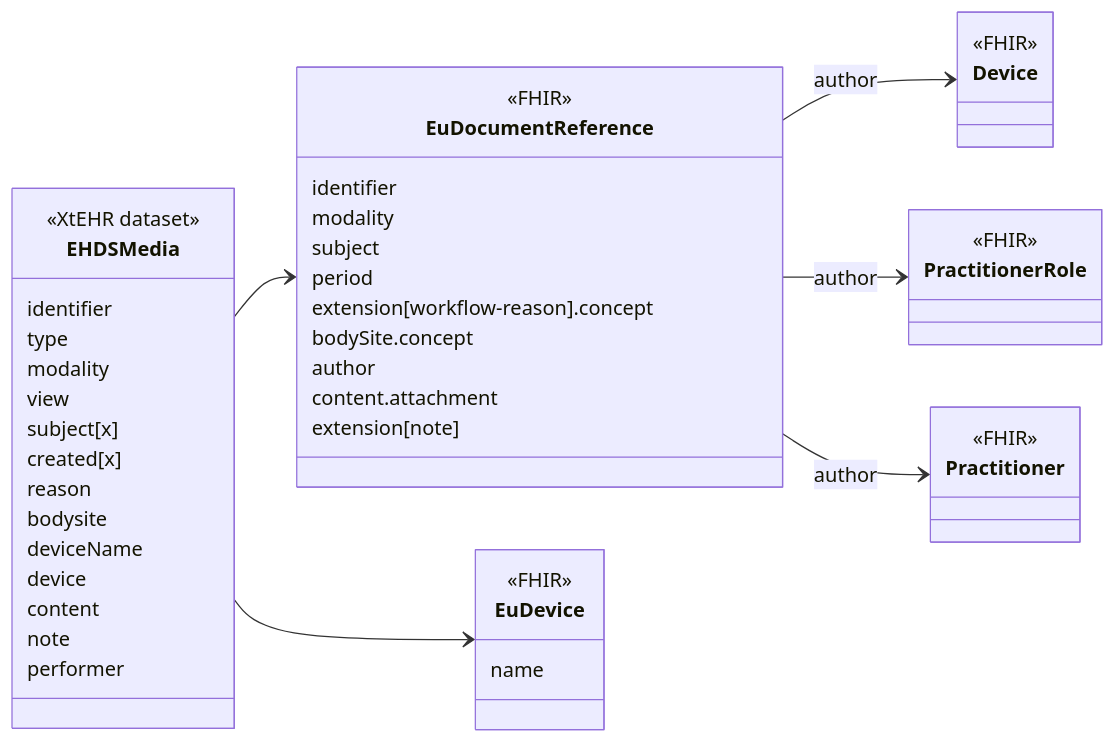
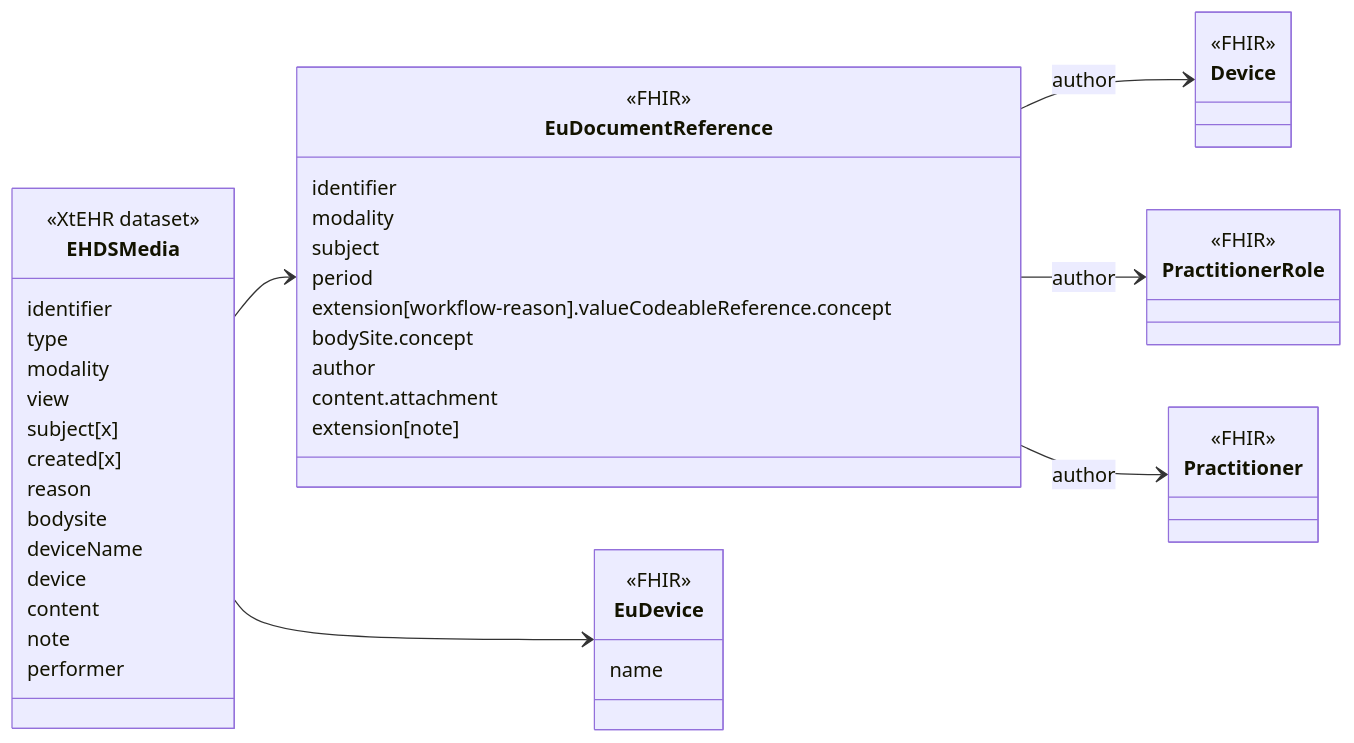
Before and after one commit to oijauregui/ehdsimaging: the diagram in input/intro-notes/ConceptMap-EHDSMediaMap-intro.md, drawn with Mermaid. The commit also changed 85 other files, not shown here.

````diff
--- a/input/intro-notes/ConceptMap-EHDSMediaMap-intro.md
+++ b/input/intro-notes/ConceptMap-EHDSMediaMap-intro.md
@@ -5,53 +5,53 @@
 ```mermaid
 classDiagram
 direction LR
 class EHDSMedia {
   <<XtEHR dataset>>
   identifier
   type
   modality
   view
   subject[x]
   created[x]
   reason
   bodysite
   deviceName
   device
   content
   note
   performer
 }
 link EHDSMedia "https://build.fhir.org/ig/Xt-EHR/xt-ehr-common/StructureDefinition-EHDSMedia.html"
 class EuDocumentReference{
   <<FHIR>>
   identifier
   modality
   subject
   period
-  extension[workflow-reason].concept
+  extension[workflow-reason].valueCodeableReference.concept
   bodySite.concept
   author
   content.attachment
   extension[note]
 }
 
 class EuDevice{
   <<FHIR>>
   name
 }
 
 class Device {
   <<FHIR>>
 }
 class PractitionerRole {
   <<FHIR>>
 }
 class  Practitioner {
   <<FHIR>>
 }
 EHDSMedia --> EuDocumentReference
 EuDocumentReference --> Device : author
 EuDocumentReference --> PractitionerRole : author
 EuDocumentReference -->  Practitioner : author
 EHDSMedia --> EuDevice
 ```
````
